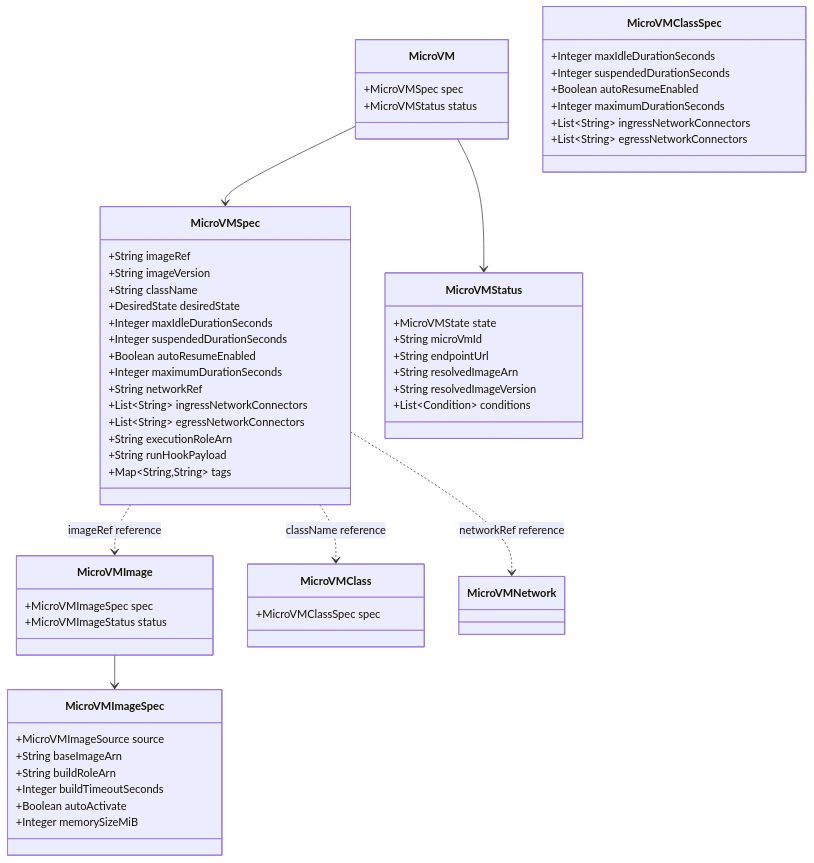
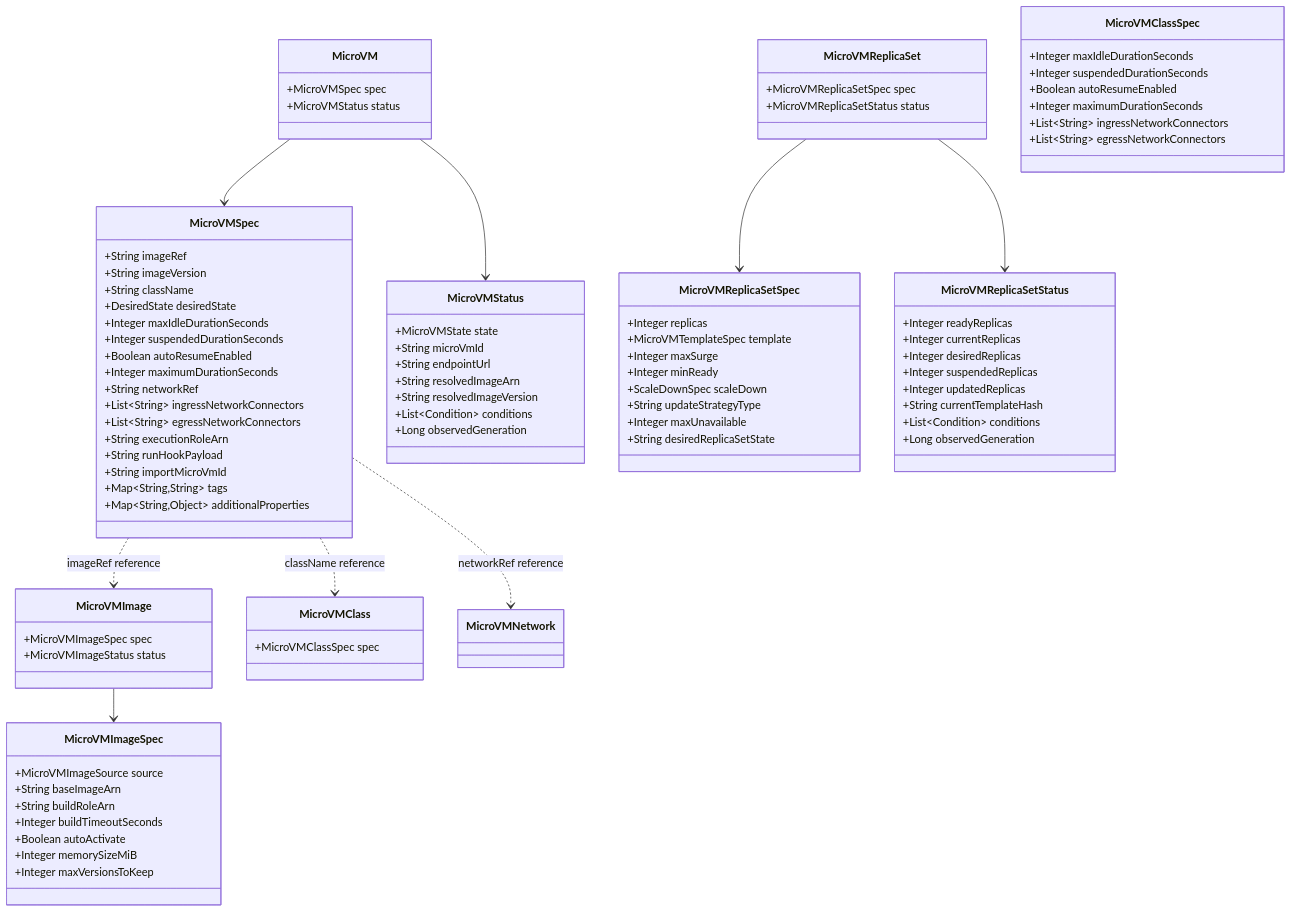
Before and after one commit to codriverlabs/KubeMicroVM: the diagram in .agents/summary/data_models.md, drawn with Mermaid. The commit also changed other lines of this file and 9 other files, not shown here.

```diff
--- a/.agents/summary/data_models.md
+++ b/.agents/summary/data_models.md
@@ -22,7 +22,9 @@
         +List~String~ egressNetworkConnectors
         +String executionRoleArn
         +String runHookPayload
+        +String importMicroVmId
         +Map~String,String~ tags
+        +Map~String,Object~ additionalProperties
     }
     class MicroVMStatus {
         +MicroVMState state
@@ -31,6 +33,7 @@
         +String resolvedImageArn
         +String resolvedImageVersion
         +List~Condition~ conditions
+        +Long observedGeneration
     }
     class MicroVMImage {
         +MicroVMImageSpec spec
@@ -43,6 +46,31 @@
         +Integer buildTimeoutSeconds
         +Boolean autoActivate
         +Integer memorySizeMiB
+        +Integer maxVersionsToKeep
+    }
+    class MicroVMReplicaSet {
+        +MicroVMReplicaSetSpec spec
+        +MicroVMReplicaSetStatus status
+    }
+    class MicroVMReplicaSetSpec {
+        +Integer replicas
+        +MicroVMTemplateSpec template
+        +Integer maxSurge
+        +Integer minReady
+        +ScaleDownSpec scaleDown
+        +String updateStrategyType
+        +Integer maxUnavailable
+        +String desiredReplicaSetState
+    }
+    class MicroVMReplicaSetStatus {
+        +Integer readyReplicas
+        +Integer currentReplicas
+        +Integer desiredReplicas
+        +Integer suspendedReplicas
+        +Integer updatedReplicas
+        +String currentTemplateHash
+        +List~Condition~ conditions
+        +Long observedGeneration
     }
     class MicroVMClass {
         +MicroVMClassSpec spec
@@ -59,6 +87,8 @@
     MicroVM --> MicroVMSpec
     MicroVM --> MicroVMStatus
     MicroVMImage --> MicroVMImageSpec
+    MicroVMReplicaSet --> MicroVMReplicaSetSpec
+    MicroVMReplicaSet --> MicroVMReplicaSetStatus
     MicroVMSpec ..> MicroVMClass : className reference
     MicroVMSpec ..> MicroVMImage : imageRef reference
     MicroVMSpec ..> MicroVMNetwork : networkRef reference
```
